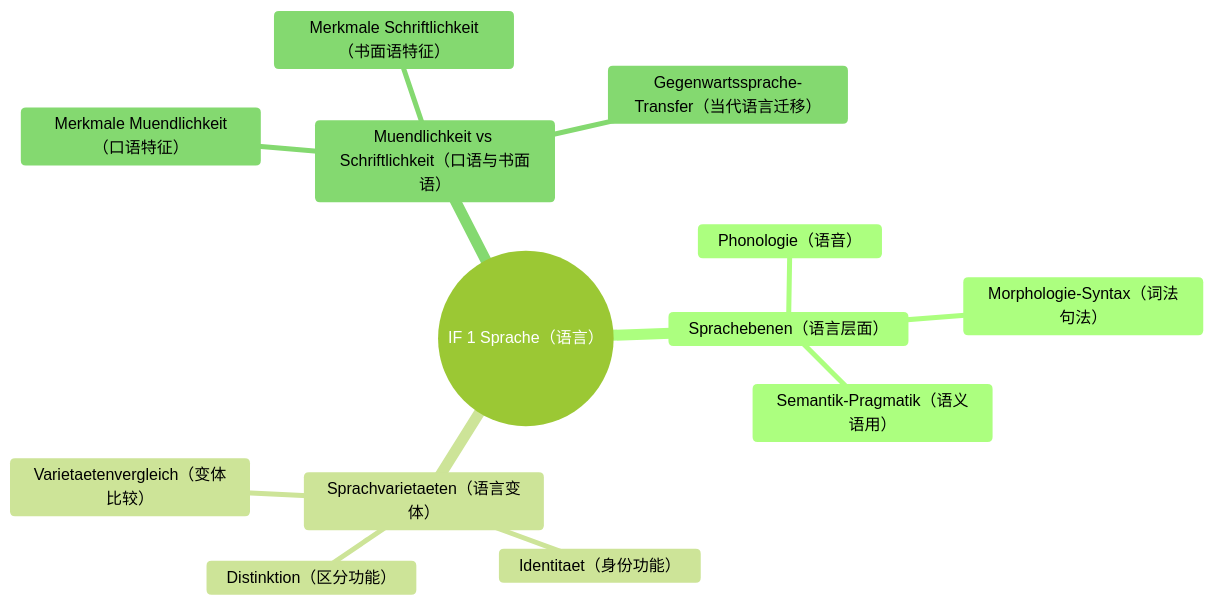
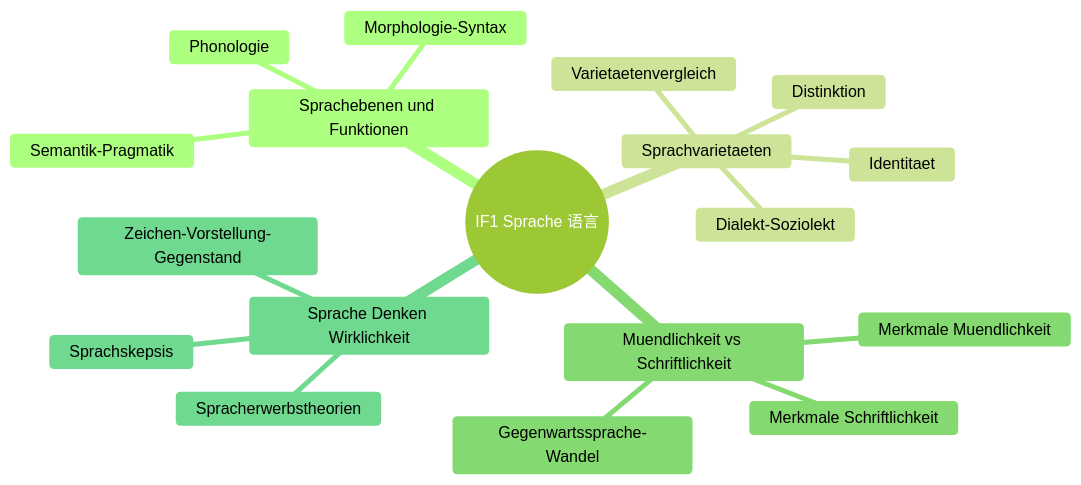
One commit to jjjjjjjjnnjnn/EF-GeWi-Lernvault changed the second of 5 diagrams in 00_META/Lernbaum/Lernbaum-Deutsch.md. Above: the diagram before and after it, drawn with Mermaid (forest theme). The commit also changed other lines of this file and 5 other files, not shown here.

````diff
--- a/00_META/Lernbaum/Lernbaum-Deutsch.md
+++ b/00_META/Lernbaum/Lernbaum-Deutsch.md
@@ -47,16 +120,21 @@
 ```mermaid
 mindmap
-  root((IF 1 Sprache（语言）))
-    Sprachebenen（语言层面）
-      Phonologie（语音）
-      Morphologie-Syntax（词法句法）
-      Semantik-Pragmatik（语义语用）
-    Sprachvarietaeten（语言变体）
-      Distinktion（区分功能）
-      Identitaet（身份功能）
-      Varietaetenvergleich（变体比较）
-    Muendlichkeit vs Schriftlichkeit（口语与书面语）
-      Merkmale Muendlichkeit（口语特征）
-      Merkmale Schriftlichkeit（书面语特征）
-      Gegenwartssprache-Transfer（当代语言迁移）
+  root((IF1 Sprache 语言))
+    Sprachebenen und Funktionen
+      Phonologie
+      Morphologie-Syntax
+      Semantik-Pragmatik
+    Sprachvarietaeten
+      Distinktion
+      Identitaet
+      Varietaetenvergleich
+      Dialekt-Soziolekt
+    Muendlichkeit vs Schriftlichkeit
+      Merkmale Muendlichkeit
+      Merkmale Schriftlichkeit
+      Gegenwartssprache-Wandel
+    Sprache Denken Wirklichkeit
+      Zeichen-Vorstellung-Gegenstand
+      Sprachskepsis
+      Spracherwerbstheorien
 ```
````
